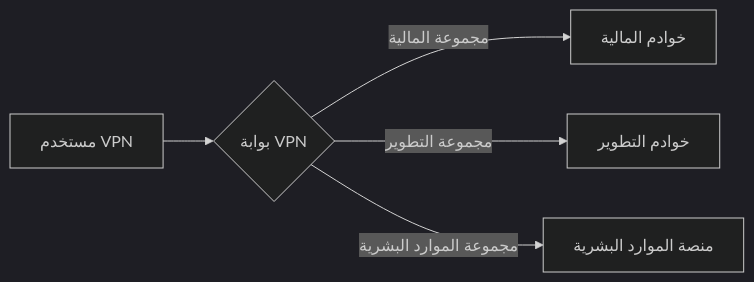
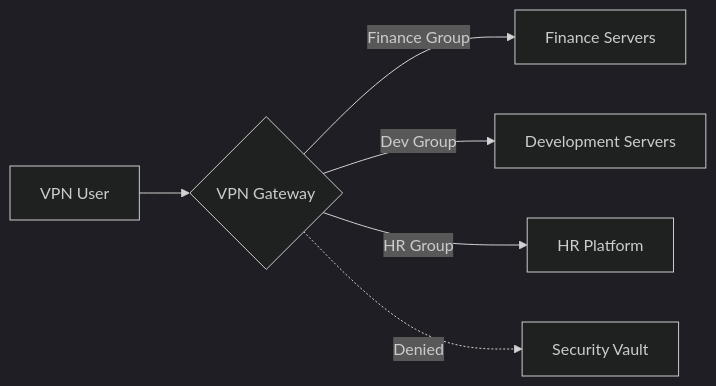
The diagram in src/content/translate/ar/VPN-info.md (ibra-kdbra/banije), drawn with Mermaid (dark theme) before and after one commit. The commit also changed other lines of this file and 8 other files, not shown here.

````diff
--- a/src/content/translate/ar/VPN-info.md
+++ b/src/content/translate/ar/VPN-info.md
@@ -186,7 +230,8 @@
 ```mermaid
 graph LR
-  User[مستخدم VPN] --> Gateway{بوابة VPN}
-  Gateway --> |مجموعة المالية| FinSrv[خوادم المالية]
-  Gateway --> |مجموعة التطوير| DevSrv[خوادم التطوير]
-  Gateway --> |مجموعة الموارد البشرية| HRSrv[منصة الموارد البشرية]
+  User[VPN User] --> Gateway{VPN Gateway}
+  Gateway --> |Finance Group| FinSrv[Finance Servers]
+  Gateway --> |Dev Group| DevSrv[Development Servers]
+  Gateway --> |HR Group| HRSrv[HR Platform]
+  Gateway -.-> |Denied| SecVault[Security Vault]
 ```
````
